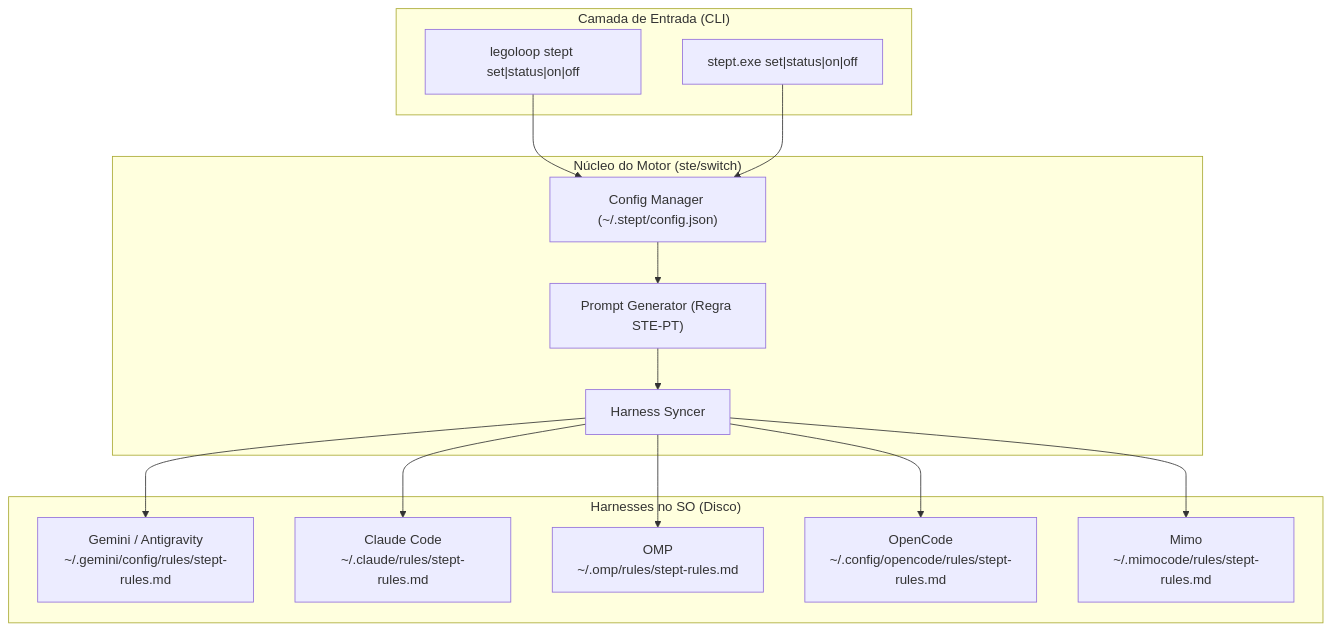
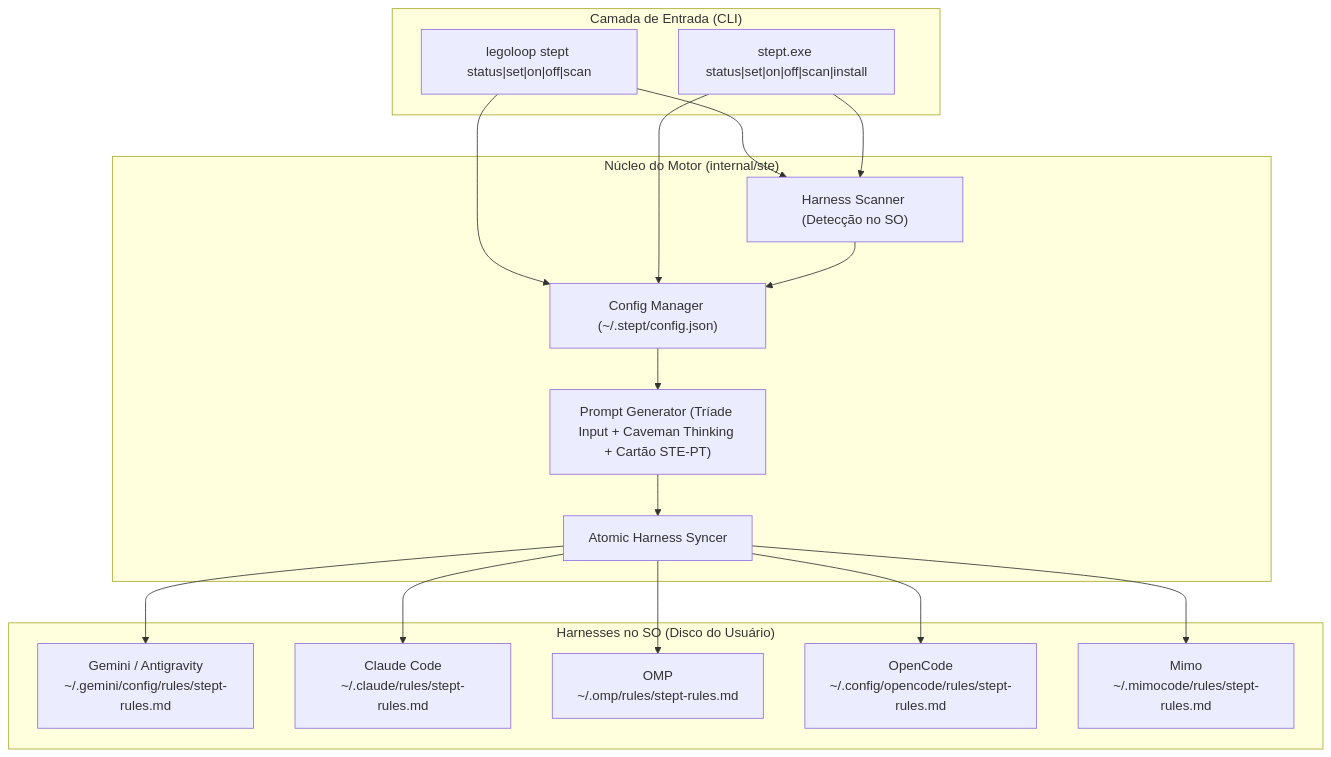
One commit to heverton-dev/LegoLoop changed the diagram in docs/specs/2026-11-05_SPEC_STEPT_SWITCH.md. Above: the diagram before and after it, drawn with Mermaid. The commit also changed other lines of this file and 35 other files, not shown here.

Commit message:
feat(stept): implementa alternador universal ste-pt, governança lazy de mcps e manual formatado

````diff
--- a/docs/specs/2026-11-05_SPEC_STEPT_SWITCH.md
+++ b/docs/specs/2026-11-05_SPEC_STEPT_SWITCH.md
@@ -54,31 +63,35 @@
 ```mermaid
 flowchart TD
     subgraph Entrada ["Camada de Entrada (CLI)"]
-        CLI1["legoloop stept set|status|on|off"]
-        CLI2["stept.exe set|status|on|off"]
+        CLI1["legoloop stept status|set|on|off|scan"]
+        CLI2["stept.exe status|set|on|off|scan|install"]
     end
 
-    subgraph Nucleo ["Núcleo do Motor (ste/switch)"]
+    subgraph Nucleo ["Núcleo do Motor (internal/ste)"]
         Cfg["Config Manager (~/.stept/config.json)"]
-        Gen["Prompt Generator (Regra STE-PT)"]
-        Sync["Harness Syncer"]
+        Scanner["Harness Scanner (Detecção no SO)"]
+        Gen["Prompt Generator (Tríade Input + Caveman Thinking + Cartão STE-PT)"]
+        Sync["Atomic Harness Syncer"]
     end
 
-    subgraph Saida ["Harnesses no SO (Disco)"]
+    subgraph Saida ["Harnesses no SO (Disco do Usuário)"]
         H1["Gemini / Antigravity<br/>~/.gemini/config/rules/stept-rules.md"]
         H2["Claude Code<br/>~/.claude/rules/stept-rules.md"]
         H3["OMP<br/>~/.omp/rules/stept-rules.md"]
         H4["OpenCode<br/>~/.config/opencode/rules/stept-rules.md"]
         H5["Mimo<br/>~/.mimocode/rules/stept-rules.md"]
     end
 
     CLI1 --> Cfg
     CLI2 --> Cfg
+    CLI1 --> Scanner
+    CLI2 --> Scanner
+    Scanner --> Cfg
     Cfg --> Gen
     Gen --> Sync
     Sync --> H1
     Sync --> H2
     Sync --> H3
     Sync --> H4
     Sync --> H5
 ```
````
